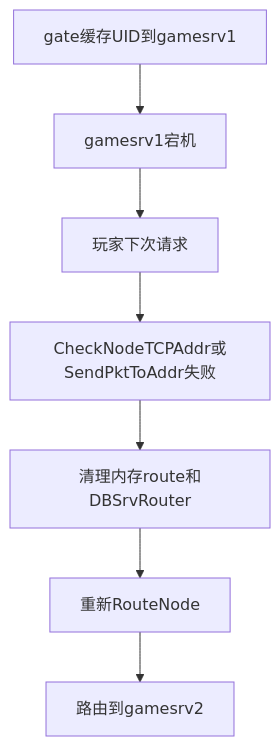
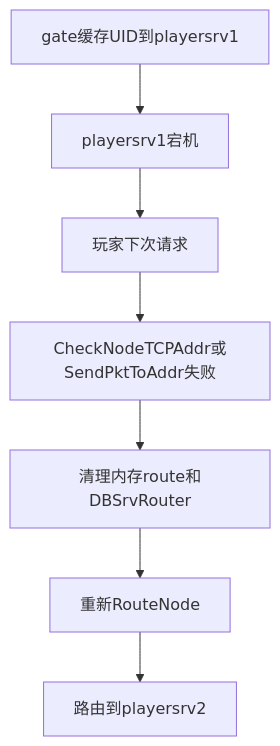
One commit to zhanglei19960726/globalmail changed the sixth of 7 diagrams in docs/runtime-flows.md. Above: the diagram before and after it, drawn with Mermaid. The commit also changed other lines of this file and 114 other files, not shown here.

````diff
--- a/docs/runtime-flows.md
+++ b/docs/runtime-flows.md
@@ -454,9 +454,9 @@
 ```mermaid
 flowchart TD
-    route[gate缓存UID到gamesrv1] --> gameCrash[gamesrv1宕机]
+    route[gate缓存UID到playersrv1] --> gameCrash[playersrv1宕机]
     gameCrash --> nextReq[玩家下次请求]
     nextReq --> checkNode[CheckNodeTCPAddr或SendPktToAddr失败]
     checkNode --> clear[清理内存route和DBSrvRouter]
     clear --> reroute[重新RouteNode]
-    reroute --> game2[路由到gamesrv2]
+    reroute --> game2[路由到playersrv2]
 ```
````
